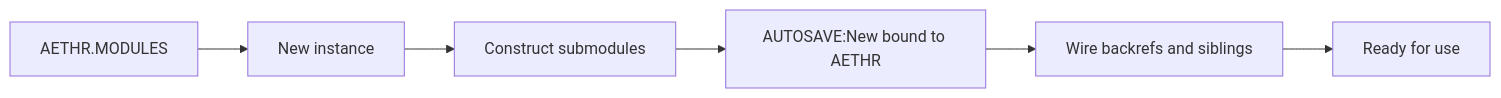
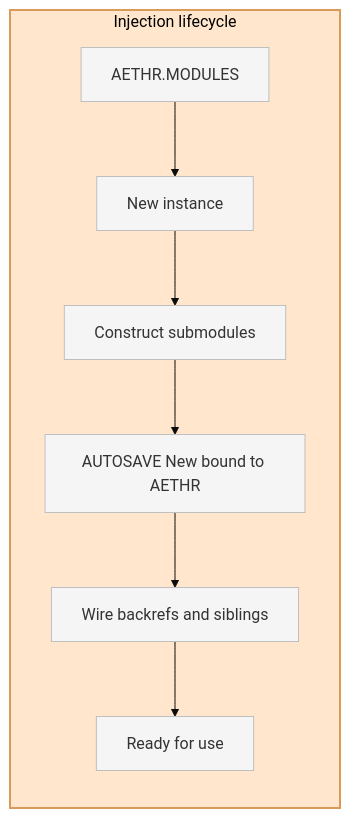
The first of 3 diagrams in docs/autosave/README.md (Gh0st352/AETHR), drawn with Mermaid before and after one commit. The commit also changed other lines of this file, not shown here.

Commit message:
docs: enhance injection lifecycle and autosave flow diagrams for clarity and structure

````diff
--- a/docs/autosave/README.md
+++ b/docs/autosave/README.md
@@ -23,8 +23,20 @@
 ```mermaid
+%%{init: {"theme":"base", "themeVariables": {"primaryColor":"#f5f5f5"}}}%%
 flowchart LR
-  M[AETHR.MODULES] --> N[New instance]
-  N --> P1[Construct submodules]
-  P1 --> AU[AUTOSAVE:New bound to AETHR]
-  AU --> P2[Wire backrefs and siblings]
-  P2 --> RT[Ready for use]
+  subgraph INJ [Injection lifecycle]
+    style INJ fill:#ffe6cc,stroke:#d99a5a,stroke-width:2px
+    M[AETHR.MODULES]
+    N[New instance]
+    P1[Construct submodules]
+    AU[AUTOSAVE New bound to AETHR]
+    P2[Wire backrefs and siblings]
+    RT[Ready for use]
+    M --> N
+    N --> P1
+    P1 --> AU
+    AU --> P2
+    P2 --> RT
+  end
+  classDef injNode fill:#f5f5f5,stroke:#bfbfbf,stroke-width:1px
+  class M,N,P1,AU,P2,RT injNode
 ```
````
